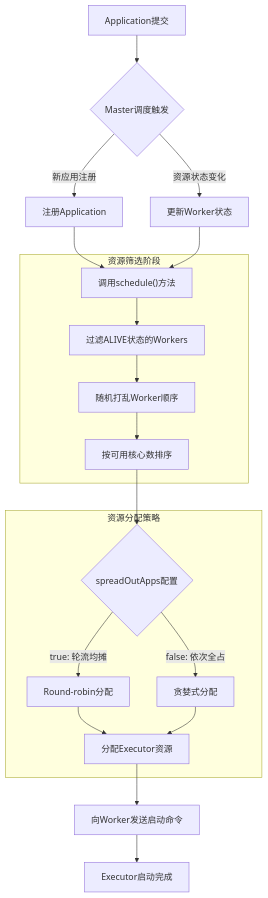
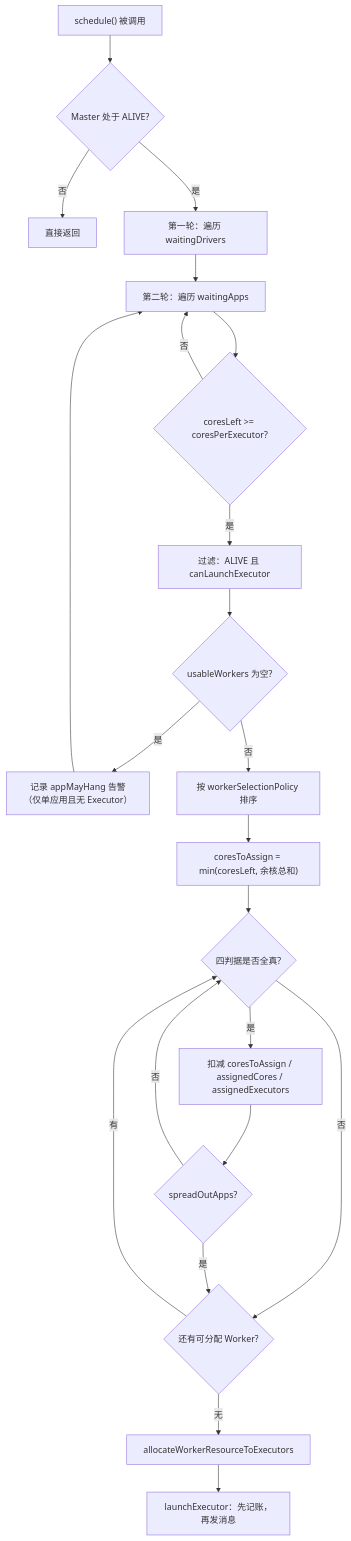
One commit to hpliStartAgain/my-brain changed the second of 5 diagrams in content/大数据/Spark/读书笔记-spark内核/02_系统架构与运行机制/6. Spark_Application资源申请机制.md. Above: the diagram before and after it, drawn with Mermaid. The commit also changed other lines of this file and 259 other files, not shown here.

````diff
--- a/content/大数据/Spark/读书笔记-spark内核/02_系统架构与运行机制/6. Spark_Application资源申请机制.md
+++ b/content/大数据/Spark/读书笔记-spark内核/02_系统架构与运行机制/6. Spark_Application资源申请机制.md
@@ -37,25 +260,25 @@
 ```mermaid
+%%{init: {'theme': 'dracula'}}%%
 flowchart TD
-    A["Application提交"] --> B{"Master调度触发"}
-    B -->|"新应用注册"| C["注册Application"]
-    B -->|"资源状态变化"| D["更新Worker状态"]
-    C --> E["调用schedule()方法"]
-    D --> E
-    
-    subgraph "资源筛选阶段"
-        E --> F["过滤ALIVE状态的Workers"]
-        F --> G["随机打乱Worker顺序"]
-        G --> H["按可用核心数排序"]
-    end
-    
-    subgraph "资源分配策略"
-        H --> I{"spreadOutApps配置"}
-        I -->|"true: 轮流均摊"| J["Round-robin分配"]
-        I -->|"false: 依次全占"| K["贪婪式分配"]
-        J --> L["分配Executor资源"]
-        K --> L
-    end
-    
-    L --> M["向Worker发送启动命令"]
-    M --> N["Executor启动完成"]
+    A["schedule() 被调用"] --> B{"Master 处于 ALIVE?"}
+    B -->|"否"| Z["直接返回"]
+    B -->|"是"| C["第一轮：遍历 waitingDrivers"]
+    C --> D["第二轮：遍历 waitingApps"]
+    D --> E{"coresLeft >= coresPerExecutor?"}
+    E -->|"否"| D
+    E -->|"是"| F["过滤：ALIVE 且 canLaunchExecutor"]
+    F --> G{"usableWorkers 为空?"}
+    G -->|"是"| H["记录 appMayHang 告警（仅单应用且无 Executor）"]
+    G -->|"否"| I["按 workerSelectionPolicy 排序"]
+    H --> D
+    I --> J["coresToAssign = min(coresLeft, 余核总和)"]
+    J --> K{"四判据是否全真?"}
+    K -->|"是"| L["扣减 coresToAssign / assignedCores / assignedExecutors"]
+    K -->|"否"| M{"还有可分配 Worker?"}
+    L --> N{"spreadOutApps?"}
+    N -->|"是"| M
+    N -->|"否"| K
+    M -->|"有"| K
+    M -->|"无"| O["allocateWorkerResourceToExecutors"]
+    O --> P["launchExecutor：先记账，再发消息"]
 ```
````
